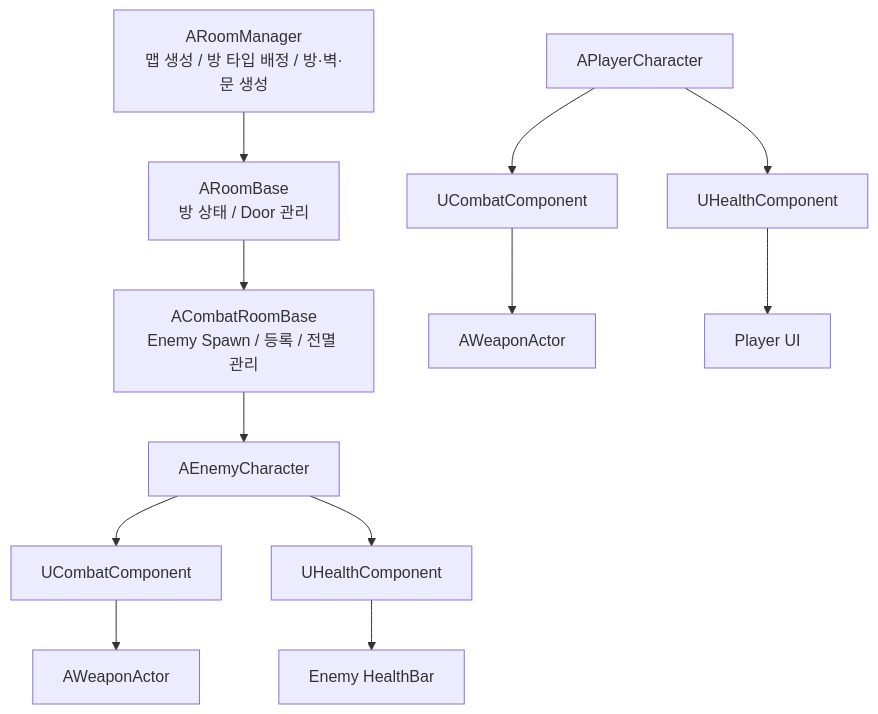
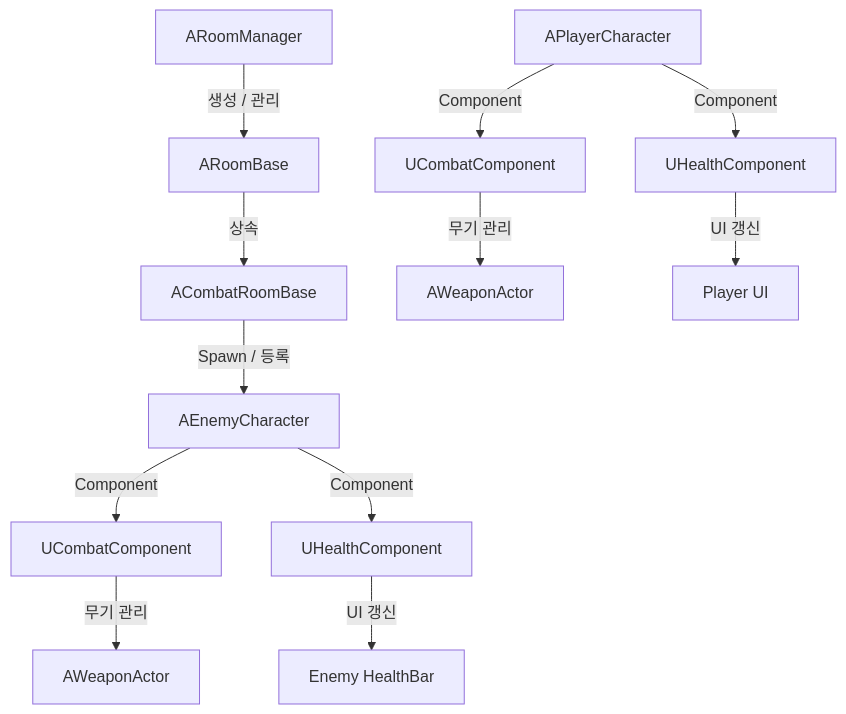
One commit to want-to-sleep1212/UE5-Roguelike changed the first of 2 diagrams in README.md. Above: the diagram before and after it, drawn with Mermaid. The commit also changed other lines of this file and 9 other files, not shown here.

````diff
--- a/README.md
+++ b/README.md
@@ -35,37 +33,29 @@
 ```mermaid
-flowchart TD
-    RM["ARoomManager<br/>맵 생성 / 방 타입 배정 / 방·벽·문 생성"]
-    RB["ARoomBase<br/>방 상태 / Door 관리"]
-    CR["ACombatRoomBase<br/>Enemy Spawn / 등록 / 전멸 관리"]
+flowchart TB
 
-    PC["APlayerCharacter"]
-    EC["AEnemyCharacter"]
+    %% Room System
+    RM[ARoomManager]
+    RB[ARoomBase]
+    CR[ACombatRoomBase]
+    EC[AEnemyCharacter]
 
-    PCC["UCombatComponent"]
-    ECC["UCombatComponent"]
+    RM -->|생성 / 관리| RB
+    RB -->|상속| CR
+    CR -->|Spawn / 등록| EC
 
-    PHC["UHealthComponent"]
-    EHC["UHealthComponent"]
+    EC -->|Component| ECC[UCombatComponent]
+    EC -->|Component| EHC[UHealthComponent]
 
-    PW["AWeaponActor"]
-    EW["AWeaponActor"]
+    ECC -->|무기 관리| EW[AWeaponActor]
+    EHC -->|UI 갱신| EUI[Enemy HealthBar]
 
-    PUI["Player UI"]
-    EUI["Enemy HealthBar"]
 
-    RM --> RB
-    RB --> CR
-    CR --> EC
+    %% Player System
+    PC[APlayerCharacter]
 
-    PC --> PCC
-    PC --> PHC
+    PC -->|Component| PCC[UCombatComponent]
+    PC -->|Component| PHC[UHealthComponent]
 
-    EC --> ECC
-    EC --> EHC
-
-    PCC --> PW
-    ECC --> EW
-
-    PHC --> PUI
-    EHC --> EUI
+    PCC -->|무기 관리| PW[AWeaponActor]
+    PHC -->|UI 갱신| PUI[Player UI]
 ```
````
